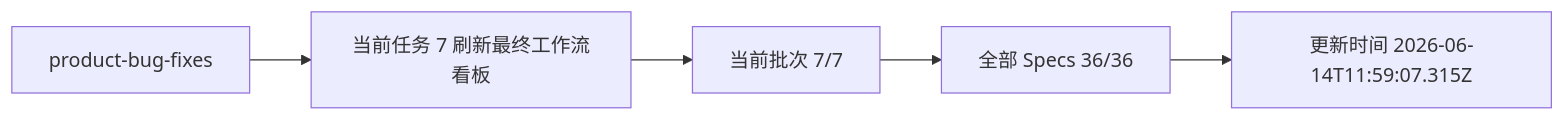
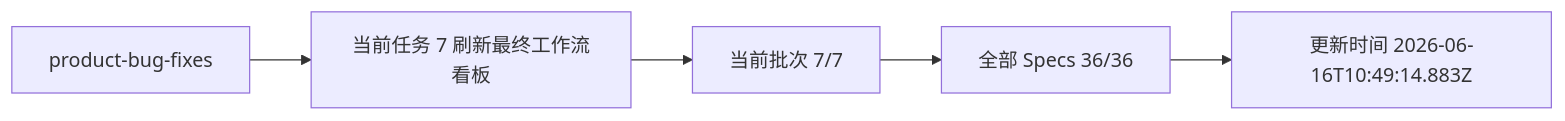
One commit to qianmonote/qianmo-family-insurance changed the third of 3 diagrams in docs/workflow.md. Above: the diagram before and after it, drawn with Mermaid. The commit also changed 2 other files, not shown here.

Commit message:
chore(ci): sync generated workflow artifacts [skip ci]

````diff
--- a/docs/workflow.md
+++ b/docs/workflow.md
@@ -72,7 +72,7 @@
 ```mermaid
 flowchart LR
     CUR[product-bug-fixes] --> TASK[当前任务 7 刷新最终工作流看板]
     TASK --> PROG[当前批次 7/7]
     PROG --> ALL[全部 Specs 36/36]
-    ALL --> TIME[更新时间 2026-06-14T11:59:07.315Z]
+    ALL --> TIME[更新时间 2026-06-16T10:49:14.883Z]
 ```
````
